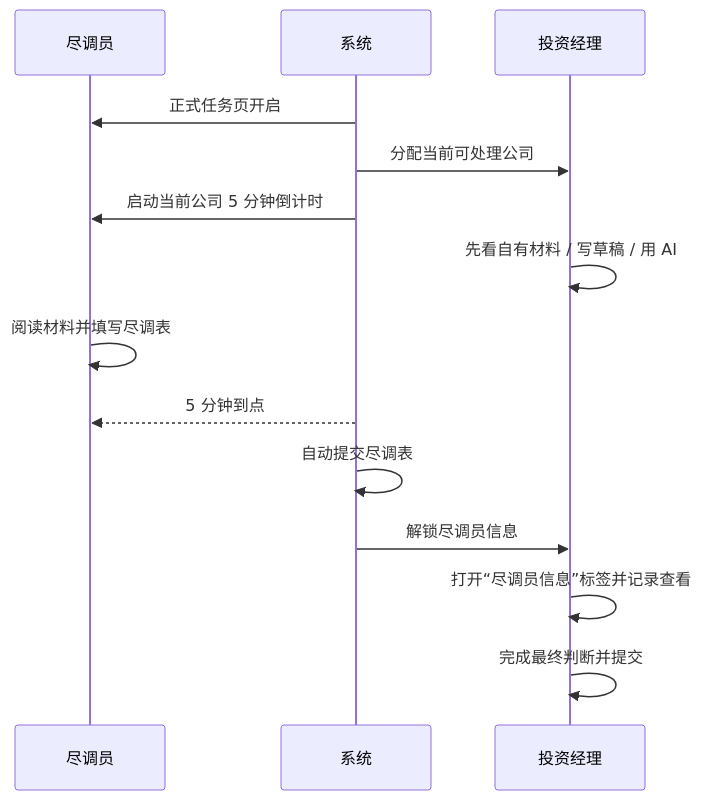
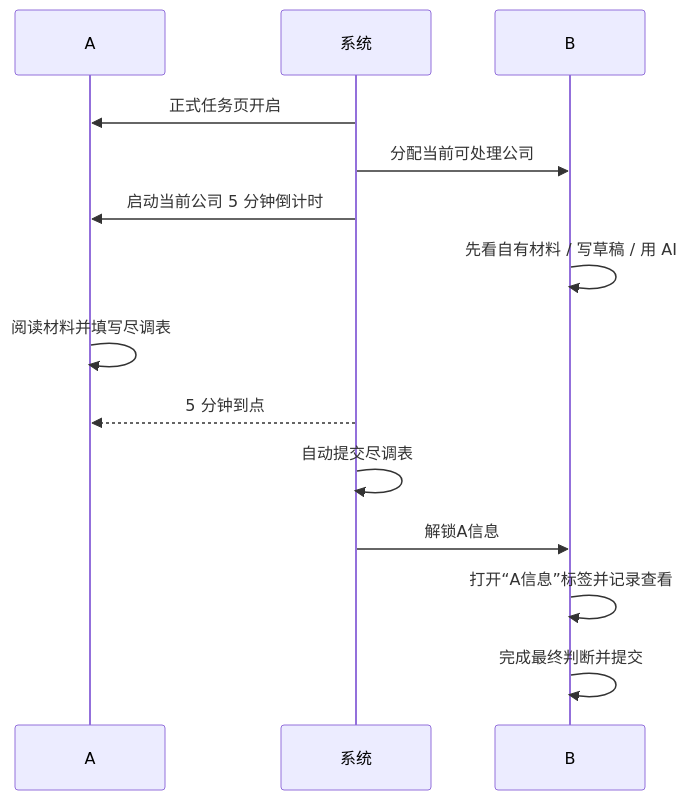
One commit to yezhouyedu/multicooperation changed the third of 4 diagrams in 02_specs/00_overview/APP_FLOW.md. Above: the diagram before and after it, drawn with Mermaid. The commit also changed other lines of this file and 25 other files, not shown here.

````diff
--- a/02_specs/00_overview/APP_FLOW.md
+++ b/02_specs/00_overview/APP_FLOW.md
@@ -215,16 +223,16 @@
 ```mermaid
 sequenceDiagram
-    participant D as 尽调员
+    participant D as A
     participant S as 系统
-    participant I as 投资经理
+    participant I as B
     S->>D: 正式任务页开启
     S->>I: 分配当前可处理公司
     S->>D: 启动当前公司 5 分钟倒计时
     I->>I: 先看自有材料 / 写草稿 / 用 AI
     D->>D: 阅读材料并填写尽调表
     S-->>D: 5 分钟到点
     S->>S: 自动提交尽调表
-    S->>I: 解锁尽调员信息
-    I->>I: 打开“尽调员信息”标签并记录查看
+    S->>I: 解锁A信息
+    I->>I: 打开“A信息”标签并记录查看
     I->>I: 完成最终判断并提交
 ```
````
